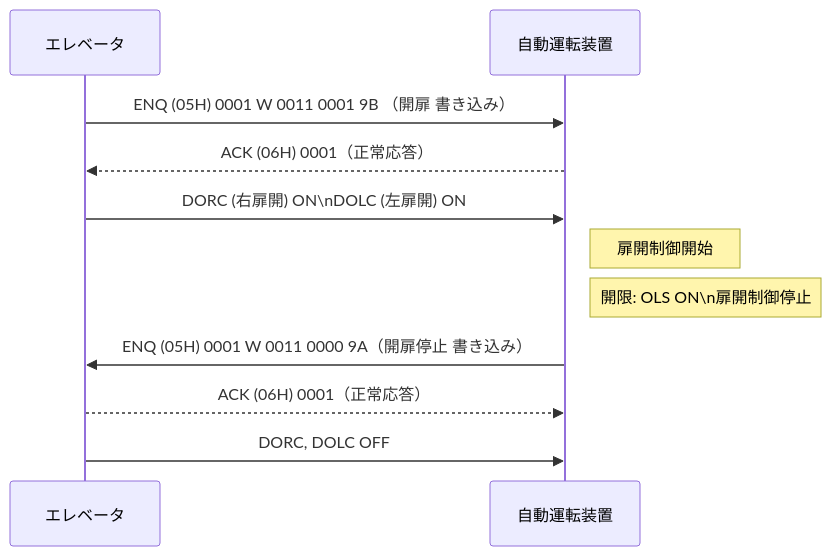
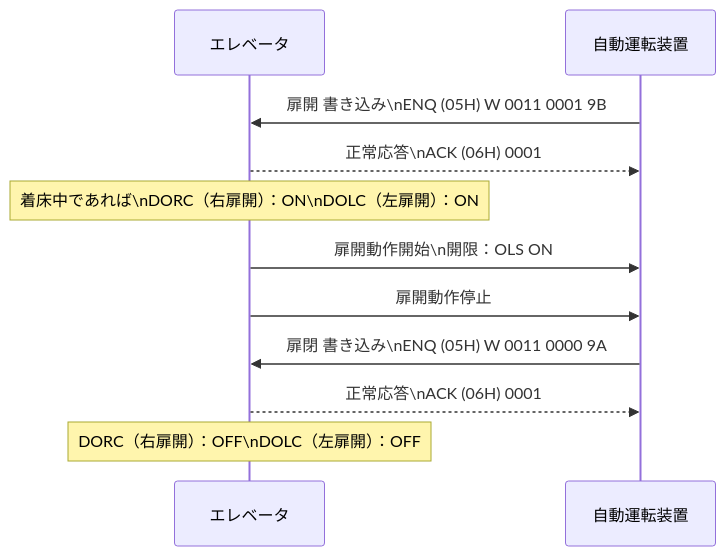
Before and after one commit to isec-promotion/elevator-simulator: the fourth of 6 diagrams in SEC-3000H構成資料.md, drawn with Mermaid. The commit also changed other lines of this file and 75 other files, not shown here.

````diff
--- a/SEC-3000H構成資料.md
+++ b/SEC-3000H構成資料.md
@@ -202,14 +237,18 @@
 ```mermaid
 sequenceDiagram
     participant エレベータ
     participant 自動運転装置
 
-    エレベータ->>自動運転装置: ENQ (05H) 0001 W 0011 0001 9B （開扉 書き込み）
-    自動運転装置-->>エレベータ: ACK (06H) 0001（正常応答）
-    エレベータ->>自動運転装置: DORC (右扉開) ON\nDOLC (左扉開) ON
-    Note right of 自動運転装置: 扉開制御開始
-    Note right of 自動運転装置: 開限: OLS ON\n扉開制御停止
-    自動運転装置->>エレベータ: ENQ (05H) 0001 W 0011 0000 9A（開扉停止 書き込み）
-    エレベータ-->>自動運転装置: ACK (06H) 0001（正常応答）
-    エレベータ->>自動運転装置: DORC, DOLC OFF
+    自動運転装置->>エレベータ: 扉開 書き込み\nENQ (05H) W 0011 0001 9B
+    エレベータ-->>自動運転装置: 正常応答\nACK (06H) 0001
+
+    Note over エレベータ: 着床中であれば\nDORC（右扉開）：ON\nDOLC（左扉開）：ON
+
+    エレベータ->>自動運転装置: 扉開動作開始\n開限：OLS ON
+    エレベータ->>自動運転装置: 扉開動作停止
+
+    自動運転装置->>エレベータ: 扉閉 書き込み\nENQ (05H) W 0011 0000 9A
+    エレベータ-->>自動運転装置: 正常応答\nACK (06H) 0001
+
+    Note over エレベータ: DORC（右扉開）：OFF\nDOLC（左扉開）：OFF
 ```
````
